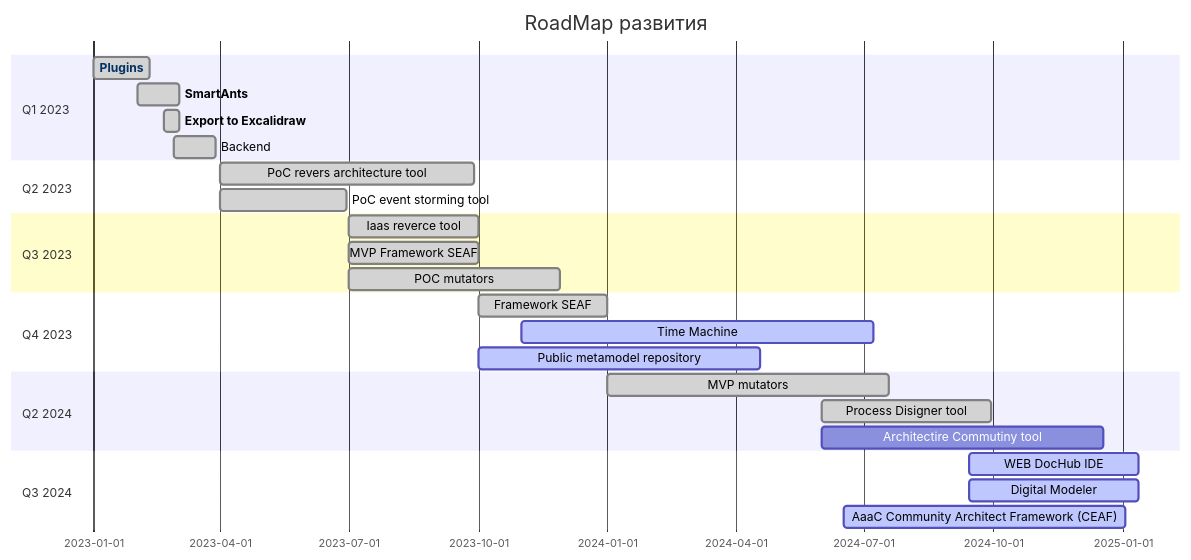
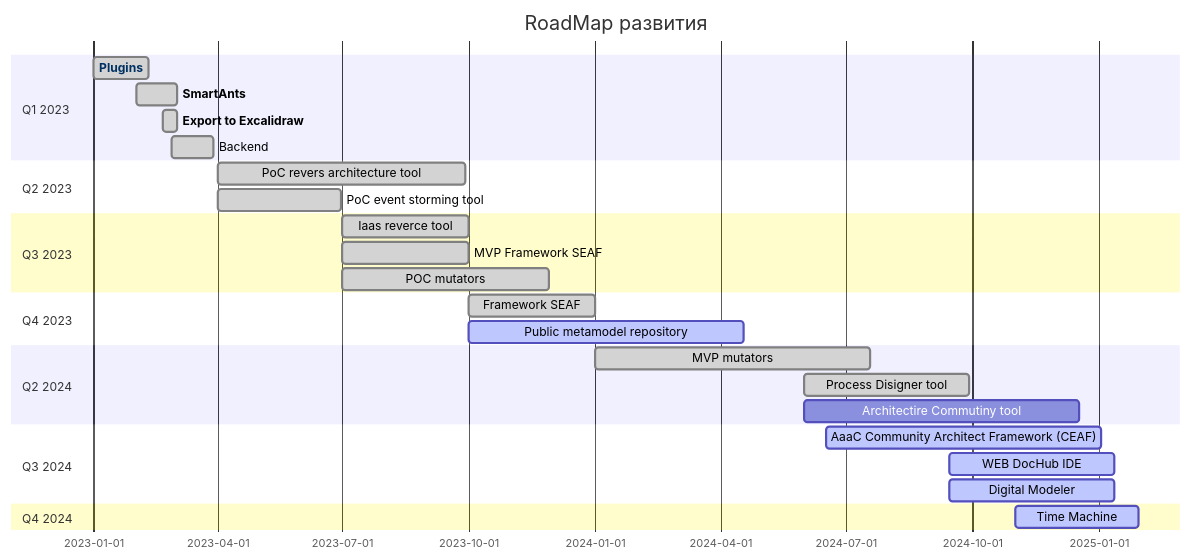
One commit to vlad-markin/DocHub changed the diagram in README.md. Above: the diagram before and after it, drawn with Mermaid.

Commit message:
Update roadmap

````diff
--- a/README.md
+++ b/README.md
@@ -44,33 +44,34 @@
 ```mermaid
 gantt
     title RoadMap развития
     dateFormat  YYYY-MM
     section Q1 2023
         Plugins                      :done, plugins, 2023-01-01, 40d
         SmartAnts                    :done, smartants, 2023-02-01, 30d
         Export to Excalidraw         :done, exportexc, 2023-02-20, 11d
         Backend                      :done, 2023-02-27, 30d
     section Q2 2023
         PoC revers architecture tool    :done, 2023-04-01, 180d
         PoC event storming tool         :done, 2023-04-01, 90d
     section Q3 2023
         Iaas reverce tool           :done, 2023-07-01, 92d
         MVP Framework SEAF          :done, 2023-07-01, 92d
         POC mutators                :done, 2023-07-01, 150d
     section Q4 2023
         Framework SEAF              :done, 2023-10-01, 92d
-        Time Machine                :active, 2023-11-01, 250d
         Public metamodel repository :active, 2023-10-01, 200d
     section Q2 2024
         MVP mutators                :done, 2024-01-01, 200d
         Process Disigner tool       :done, 2024-06-01, 120d
         Architectire Commutiny tool :2024-06-01, 200d
     section Q3 2024
+        AaaC Community Architect Framework (CEAF)   :active, 2024-06-17, 200d
         WEB DocHub IDE                              :active, 2024-09-14, 120d
         Digital Modeler                             :active, 2024-09-14, 120d
-        AaaC Community Architect Framework (CEAF)   :active, 2024-06-17, 200d
+    section Q4 2024
+        Time Machine                :active, 2024-11-01, 90d
 
 click plugins href "https://dochub.info/docs/dochub.plugins.intro"
 click smartants href "https://dochub.info/docs/dochub.smartants"
 click exportexc href "https://dochub.info/docs/dochub.smartants#%D0%BF%D1%80%D0%BE%D1%81%D1%82%D0%B5%D0%B9%D1%88%D0%B5%D0%B5-%D0%BF%D1%80%D0%B5%D0%B4%D1%81%D1%82%D0%B0%D0%B2%D0%BB%D0%B5%D0%BD%D0%B8%D0%B5"
 ```
````
